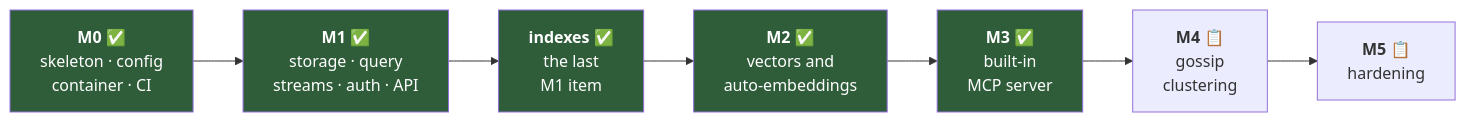
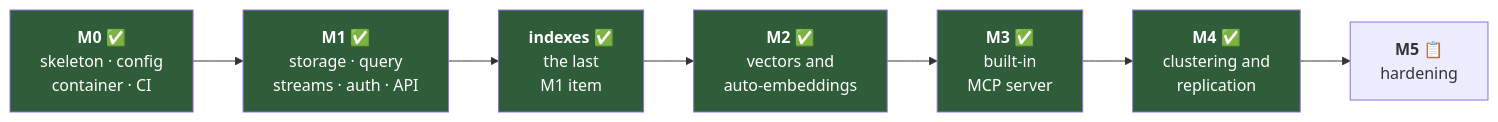
The first of 3 diagrams in docs/roadmap.md (titusai-io/kimmydb), drawn with Mermaid before and after one commit. The commit also changed other lines of this file and 9 other files, not shown here.

````diff
--- a/docs/roadmap.md
+++ b/docs/roadmap.md
@@ -12,18 +12,19 @@
 ```mermaid
 graph LR
     M0["<b>M0</b> ✅<br/>skeleton · config<br/>container · CI"]
     M1["<b>M1</b> ✅<br/>storage · query<br/>streams · auth · API"]
     IDX["<b>indexes</b> ✅<br/>the last<br/>M1 item"]
     M2["<b>M2</b> ✅<br/>vectors and<br/>auto-embeddings"]
     M3["<b>M3</b> ✅<br/>built-in<br/>MCP server"]
-    M4["<b>M4</b> 📋<br/>gossip<br/>clustering"]
+    M4["<b>M4</b> ✅<br/>clustering and<br/>replication"]
     M5["<b>M5</b> 📋<br/>hardening"]
 
     M0 --> M1 --> IDX --> M2 --> M3 --> M4 --> M5
 
     style M0 fill:#2f5d3a,color:#fff
     style M1 fill:#2f5d3a,color:#fff
     style IDX fill:#2f5d3a,color:#fff
     style M2 fill:#2f5d3a,color:#fff
     style M3 fill:#2f5d3a,color:#fff
+    style M4 fill:#2f5d3a,color:#fff
 ```
````
